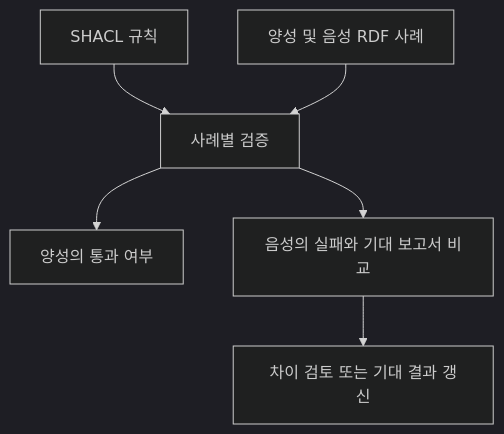
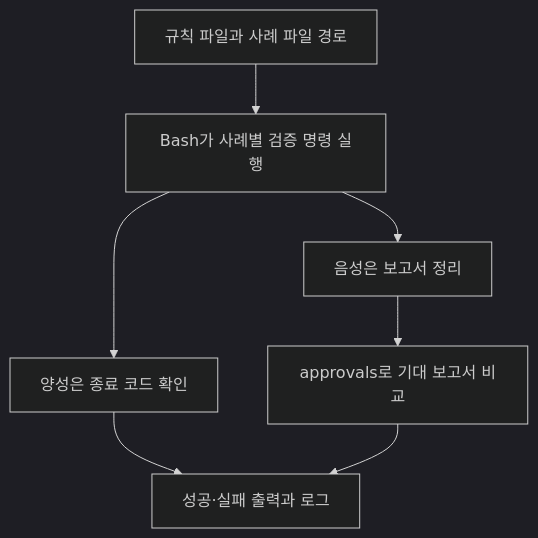
Before and after one commit to shinysong/shacl-graphrag: the diagram in docs/journal/2026-10-16-review-shacl-test.md, drawn with Mermaid (dark theme). The commit also changed other lines of this file and 5 other files, not shown here.

Commit message:
Expand five standalone reviews with methods, implementation and data flow

````diff
--- a/docs/journal/2026-10-16-review-shacl-test.md
+++ b/docs/journal/2026-10-16-review-shacl-test.md
@@ -9,8 +63,9 @@
 ```mermaid
 flowchart TD
-    A[SHACL 규칙] --> C[사례별 검증]
-    B[양성 및 음성 RDF 사례] --> C
-    C --> D[양성의 통과 여부]
-    C --> E[음성의 실패와 기대 보고서 비교]
-    E --> F[차이 검토 또는 기대 결과 갱신]
+    A[규칙 파일과 사례 파일 경로] --> B[Bash가 사례별 검증 명령 실행]
+    B --> C[양성은 종료 코드 확인]
+    B --> D[음성은 보고서 정리]
+    D --> E[approvals로 기대 보고서 비교]
+    C --> F[성공·실패 출력과 로그]
+    E --> F
 ```
````
